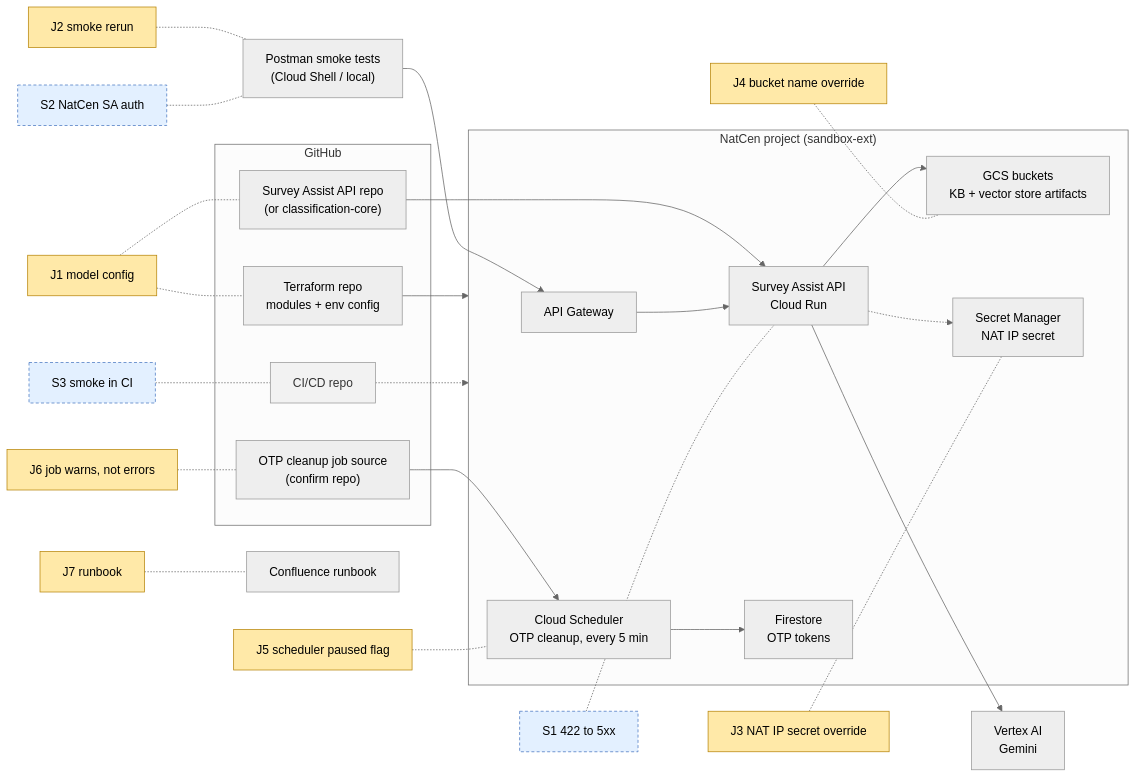
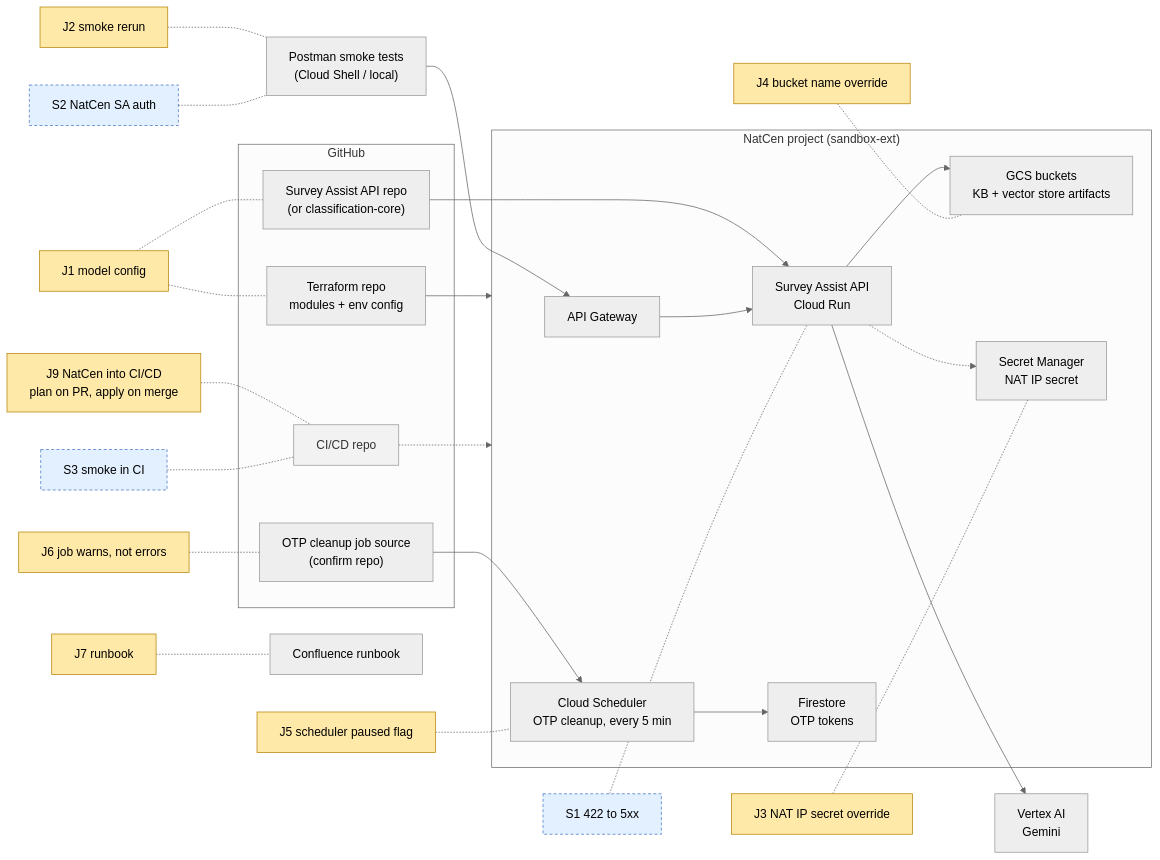
Before and after one commit to joebadmus/gpt-clone: the first of 12 diagrams in tickets/tickets.md, drawn with Mermaid (neutral theme). The commit also changed other lines of this file and 1 other file, not shown here.

````diff
--- a/tickets/tickets.md
+++ b/tickets/tickets.md
@@ -56,58 +62,60 @@
 ```mermaid
 flowchart LR
     classDef joe fill:#ffe9a8,stroke:#b8860b,color:#000
     classDef sug fill:#e3f0ff,stroke:#4a78c2,color:#000,stroke-dasharray: 4 3
     classDef ctx fill:#f2f2f2,stroke:#999,color:#333
 
     subgraph GH["GitHub"]
         APIREPO["Survey Assist API repo<br/>(or classification-core)"]
         TFREPO["Terraform repo<br/>modules + env config"]
         JOBREPO["OTP cleanup job source<br/>(confirm repo)"]
         CICD["CI/CD repo"]:::ctx
     end
 
     subgraph NC["NatCen project (sandbox-ext)"]
         GW["API Gateway"]
         API["Survey Assist API<br/>Cloud Run"]
         GCS["GCS buckets<br/>KB + vector store artifacts"]
         SCHED["Cloud Scheduler<br/>OTP cleanup, every 5 min"]
         FS["Firestore<br/>OTP tokens"]
         SEC["Secret Manager<br/>NAT IP secret"]
     end
 
     VAI["Vertex AI<br/>Gemini"]
     PM["Postman smoke tests<br/>(Cloud Shell / local)"]
     CONF["Confluence runbook"]
 
     J1["J1 model config"]:::joe
     J2["J2 smoke rerun"]:::joe
     J3["J3 NAT IP secret override"]:::joe
     J4["J4 bucket name override"]:::joe
     J5["J5 scheduler paused flag"]:::joe
     J6["J6 job warns, not errors"]:::joe
     J7["J7 runbook"]:::joe
+    J9["J9 NatCen into CI/CD<br/>plan on PR, apply on merge"]:::joe
     S1["S1 422 to 5xx"]:::sug
     S2["S2 NatCen SA auth"]:::sug
     S3["S3 smoke in CI"]:::sug
 
     APIREPO --> API
     TFREPO --> NC
     JOBREPO --> SCHED
     CICD -.-> NC
     PM --> GW --> API --> VAI
     API --> GCS
     SCHED --> FS
     API -.-> SEC
 
     J1 -.- APIREPO
     J1 -.- TFREPO
     J2 -.- PM
     J3 -.- SEC
     J4 -.- GCS
     J5 -.- SCHED
     J6 -.- JOBREPO
     J7 -.- CONF
+    J9 -.- CICD
     S1 -.- API
     S2 -.- PM
     S3 -.- CICD
 ```
````
